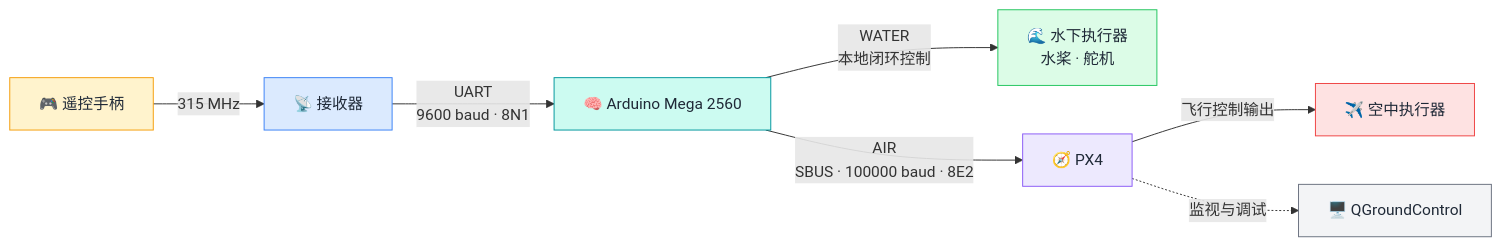
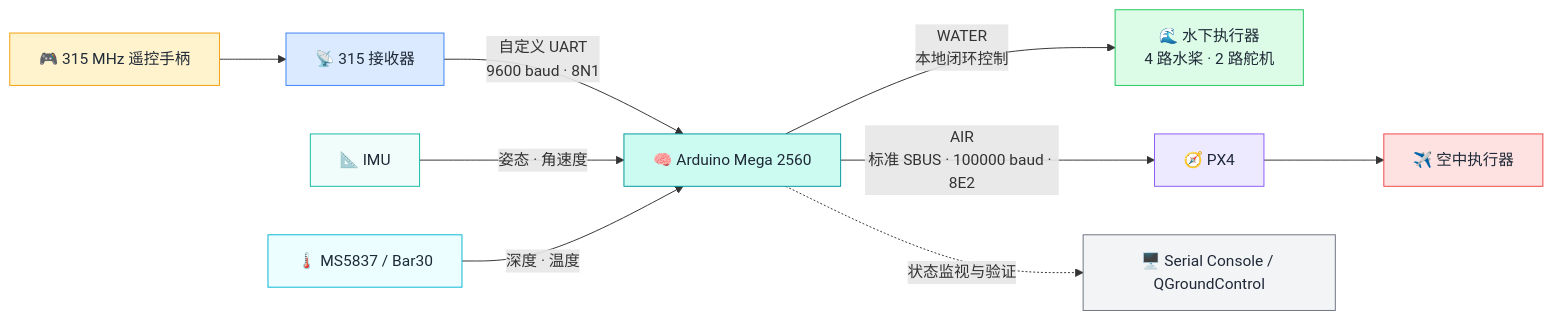
One commit to JIN-FZCH/Hmini_315 changed the first of 2 diagrams in README.md. Above: the diagram before and after it, drawn with Mermaid. The commit also changed other lines of this file and 1 other file, not shown here.

````diff
--- a/README.md
+++ b/README.md
@@ -16,17 +35,23 @@
 ```mermaid
 flowchart LR
-    A["🎮 遥控手柄"] -->|"315 MHz"| B["📡 接收器"]
-    B -->|"UART<br/>9600 baud · 8N1"| C["🧠 Arduino Mega 2560"]
-    C -->|"WATER<br/>本地闭环控制"| W["🌊 水下执行器<br/>水桨 · 舵机"]
-    C -->|"AIR<br/>SBUS · 100000 baud · 8E2"| D["🧭 PX4"]
-    D -->|"飞行控制输出"| F["✈️ 空中执行器"]
-    D -.->|"监视与调试"| E["🖥️ QGroundControl"]
+    A["🎮 315 MHz 遥控手柄"] --> B["📡 315 接收器"]
+    B -->|"自定义 UART<br/>9600 baud · 8N1"| C["🧠 Arduino Mega 2560"]
+
+    C -->|"WATER<br/>本地闭环控制"| W["🌊 水下执行器<br/>4 路水桨 · 2 路舵机"]
+    C -->|"AIR<br/>标准 SBUS · 100000 baud · 8E2"| D["🧭 PX4"]
+    D --> F["✈️ 空中执行器"]
+
+    I["📐 IMU"] -->|"姿态 · 角速度"| C
+    P["🌡️ MS5837 / Bar30"] -->|"深度 · 温度"| C
+    C -.->|"状态监视与验证"| Q["🖥️ Serial Console / QGroundControl"]
 
     style A fill:#fff3cd,stroke:#f59e0b,color:#1f2937
     style B fill:#dbeafe,stroke:#3b82f6,color:#1f2937
     style C fill:#ccfbf1,stroke:#00979d,color:#1f2937
     style W fill:#dcfce7,stroke:#22c55e,color:#1f2937
     style D fill:#ede9fe,stroke:#8b5cf6,color:#1f2937
     style F fill:#fee2e2,stroke:#ef4444,color:#1f2937
-    style E fill:#f3f4f6,stroke:#6b7280,color:#1f2937
+    style I fill:#f0fdfa,stroke:#14b8a6,color:#1f2937
+    style P fill:#ecfeff,stroke:#06b6d4,color:#1f2937
+    style Q fill:#f3f4f6,stroke:#6b7280,color:#1f2937
 ```
````
